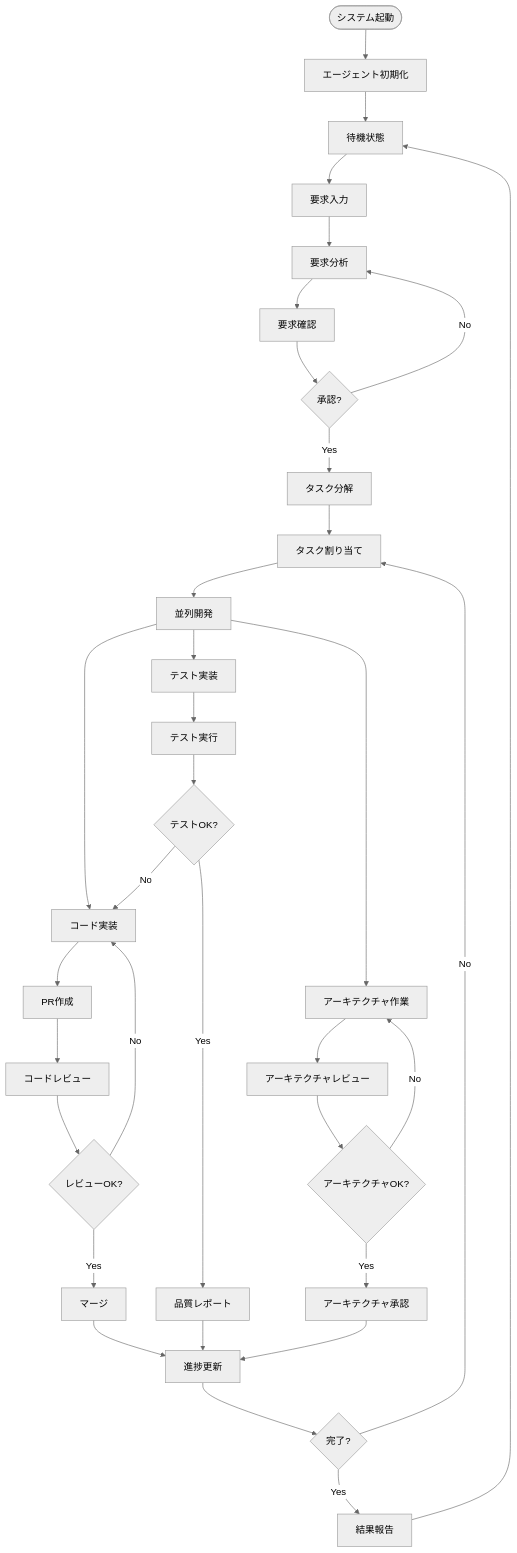
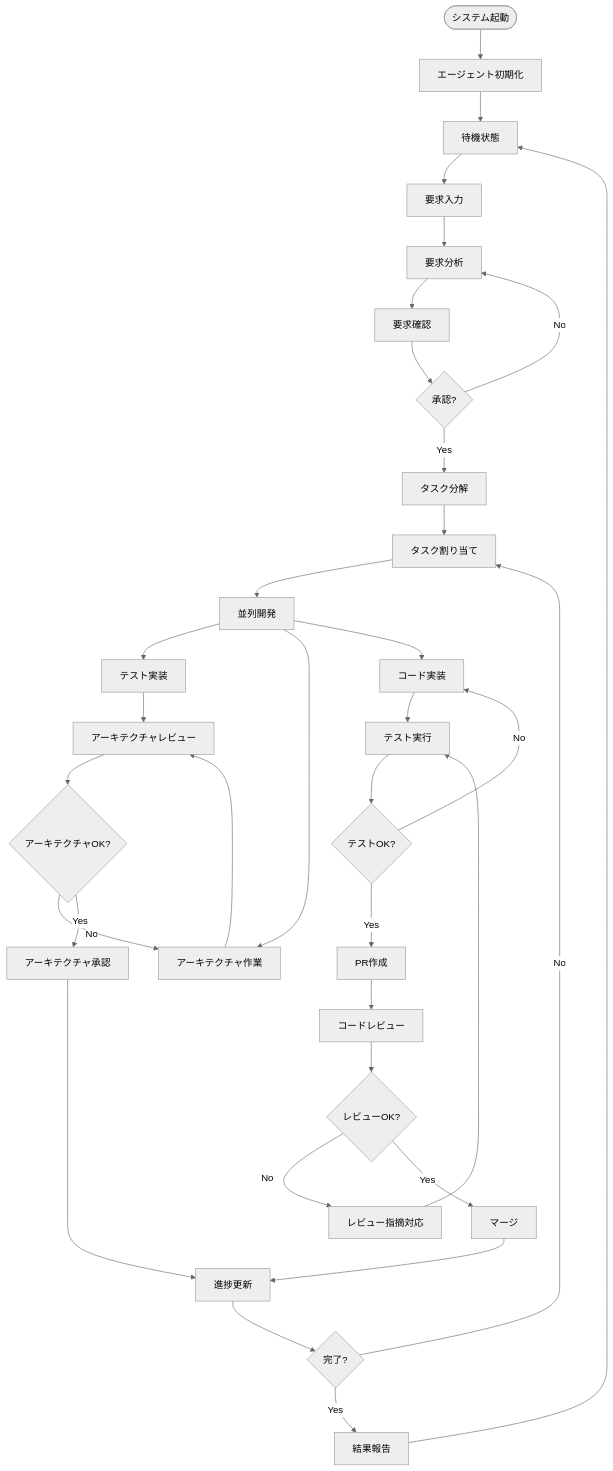
The third of 14 diagrams in docs/development-flow/design/architecture_dataflow_diagrams.md (norinoriver/ai-multi-agent), drawn with Mermaid (neutral theme) before and after one commit.

Commit message:
fix: TDDサイクルに基づく正しい開発ワークフローに修正
主な変更点:
- コード実装後は必ずテスト実行を義務化
- テスト通過後のみPR作成を許可
- レビュー指摘対応後も必ずテスト実行
- テスト→コード→テストの適切なサイクルを確立

品質保証とテスト駆動開発の原則に従った開発フローに改善

🤖 Generated with [Claude Code](https://claude.ai/code)

````diff
--- a/docs/development-flow/design/architecture_dataflow_diagrams.md
+++ b/docs/development-flow/design/architecture_dataflow_diagrams.md
@@ -130,46 +130,46 @@
 ```mermaid
 flowchart TD
     Start([システム起動]) --> Init[エージェント初期化]
     Init --> Ready[待機状態]
     Ready --> ReqInput[要求入力]
     
     ReqInput --> ReqAnalysis[要求分析]
     ReqAnalysis --> ReqConfirm[要求確認]
     ReqConfirm --> Approved{承認?}
     Approved -->|No| ReqAnalysis
     Approved -->|Yes| TaskDecomp[タスク分解]
     
     TaskDecomp --> TaskAssign[タスク割り当て]
     TaskAssign --> ParallelDev[並列開発]
     
-    ParallelDev --> CodeImpl[コード実装]
     ParallelDev --> TestImpl[テスト実装]
     ParallelDev --> ArchWork[アーキテクチャ作業]
+    ParallelDev --> CodeImpl[コード実装]
     
-    CodeImpl --> PRCreate[PR作成]
-    TestImpl --> TestExec[テスト実行]
-    ArchWork --> ArchReview[アーキテクチャレビュー]
+    CodeImpl --> TestExec[テスト実行]
+    TestExec --> TestOK{テストOK?}
+    TestOK -->|No| CodeImpl
+    TestOK -->|Yes| PRCreate[PR作成]
     
     PRCreate --> CodeReview[コードレビュー]
     CodeReview --> ReviewOK{レビューOK?}
-    ReviewOK -->|No| CodeImpl
+    ReviewOK -->|No| CodeFix[レビュー指摘対応]
+    CodeFix --> TestExec
     ReviewOK -->|Yes| Merge[マージ]
     
-    TestExec --> TestOK{テストOK?}
-    TestOK -->|No| CodeImpl
-    TestOK -->|Yes| QualityReport[品質レポート]
+    TestImpl --> ArchReview[アーキテクチャレビュー]
+    ArchWork --> ArchReview
     
     ArchReview --> ArchOK{アーキテクチャOK?}
     ArchOK -->|No| ArchWork
     ArchOK -->|Yes| ArchApprove[アーキテクチャ承認]
     
     Merge --> Progress[進捗更新]
-    QualityReport --> Progress
     ArchApprove --> Progress
     
     Progress --> Complete{完了?}
     Complete -->|No| TaskAssign
     Complete -->|Yes| Report[結果報告]
     
     Report --> Ready
 ```
````
